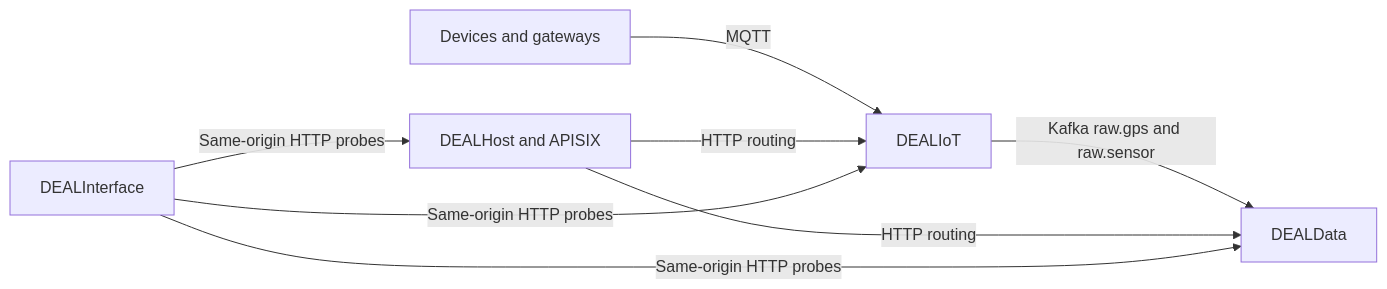
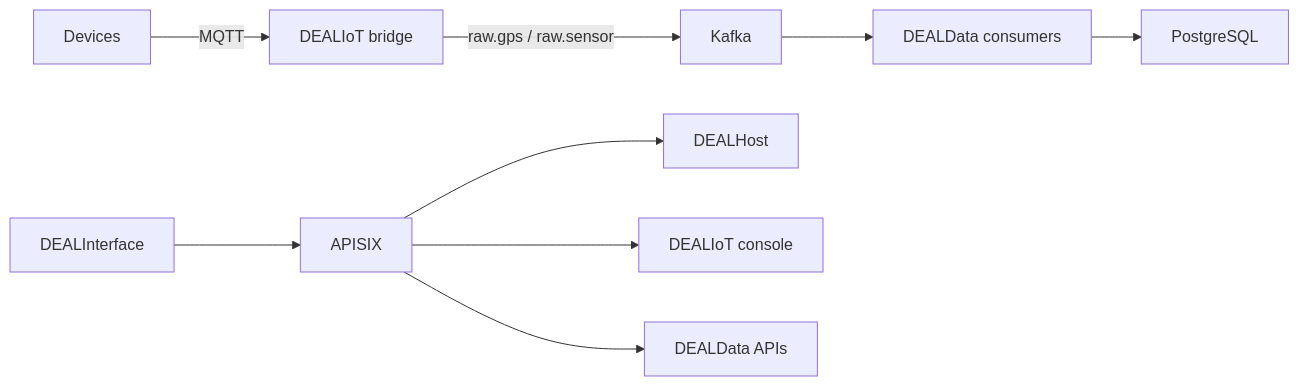
The diagram in docs/deployment/full-stack.md (Smartappli/DEALWebsite), drawn with Mermaid before and after one commit. The commit also changed other lines of this file and 2 other files, not shown here.

````diff
--- a/docs/deployment/full-stack.md
+++ b/docs/deployment/full-stack.md
@@ -33,10 +15,11 @@
 ```mermaid
 flowchart LR
-  Devices["Devices and gateways"] -->|MQTT| IoT["DEALIoT"]
-  IoT -->|Kafka raw.gps and raw.sensor| Data["DEALData"]
-  Host["DEALHost and APISIX"] -->|HTTP routing| IoT
-  Host -->|HTTP routing| Data
-  UI["DEALInterface"] -->|Same-origin HTTP probes| Host
-  UI -->|Same-origin HTTP probes| IoT
-  UI -->|Same-origin HTTP probes| Data
+  Devices["Devices"] -->|MQTT| Bridge["DEALIoT bridge"]
+  Bridge -->|raw.gps / raw.sensor| Kafka["Kafka"]
+  Kafka --> Consumers["DEALData consumers"]
+  Consumers --> Databases["PostgreSQL"]
+  Browser["DEALInterface"] --> Gateway["APISIX"]
+  Gateway --> Host["DEALHost"]
+  Gateway --> IoT["DEALIoT console"]
+  Gateway --> Data["DEALData APIs"]
 ```
````
